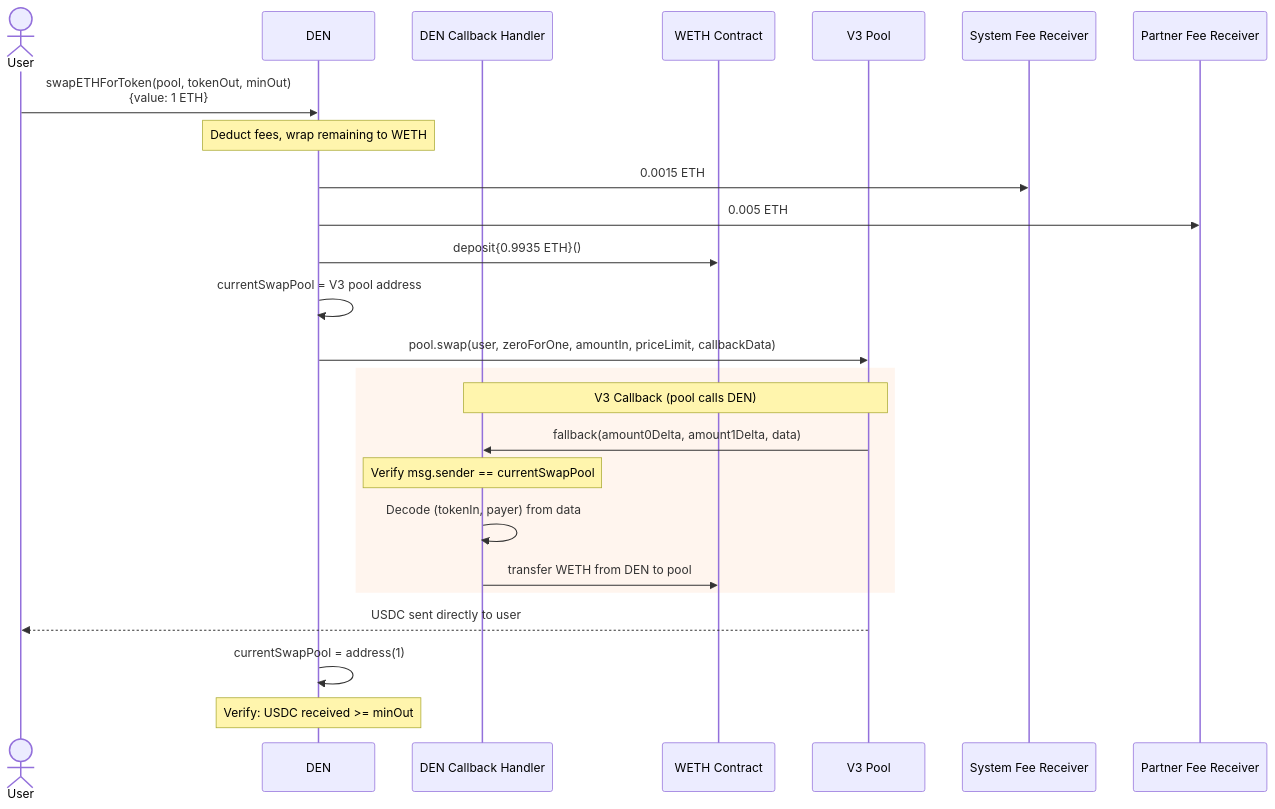
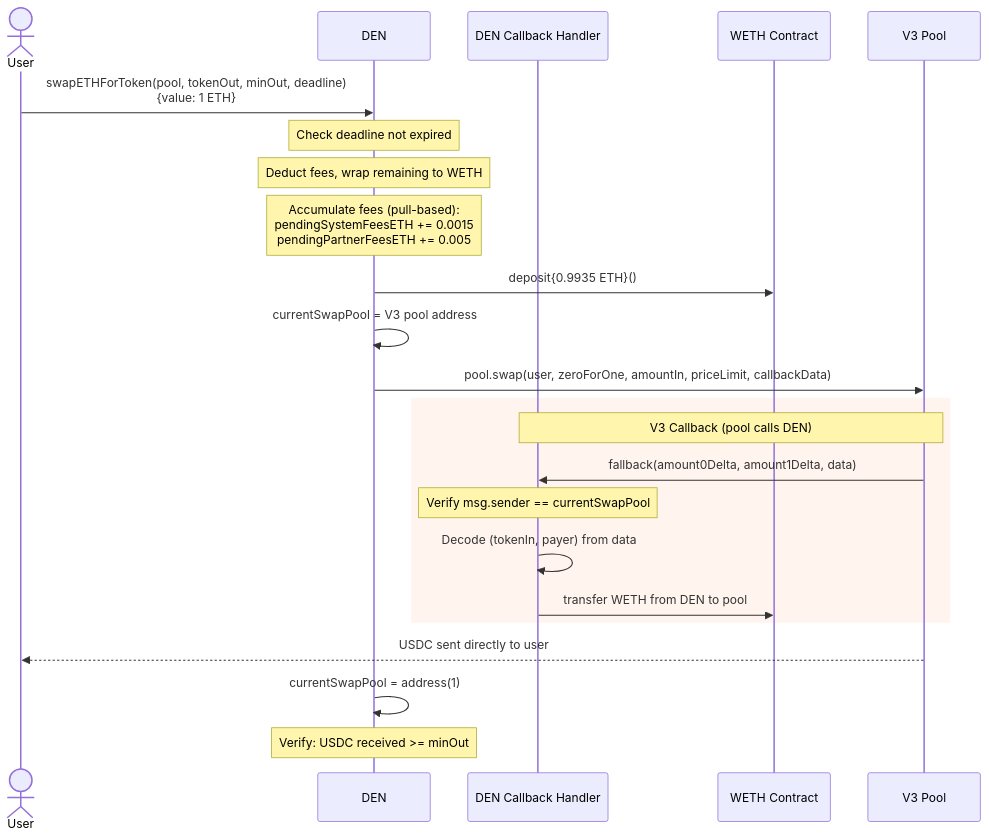
Before and after one commit to davidwyly/DEN: the fourth of 13 diagrams in docs/SWAP_FLOW_DIAGRAMS.md, drawn with Mermaid. The commit also changed other lines of this file and 6 other files, not shown here.

````diff
--- a/docs/SWAP_FLOW_DIAGRAMS.md
+++ b/docs/SWAP_FLOW_DIAGRAMS.md
@@ -108,34 +109,33 @@
 ```mermaid
 sequenceDiagram
     actor User
     participant DEN
     participant CB as DEN Callback Handler
     participant WETH as WETH Contract
     participant V3 as V3 Pool
-    participant SYS as System Fee Receiver
-    participant PART as Partner Fee Receiver
 
-    User->>DEN: swapETHForToken(pool, tokenOut, minOut)<br/>{value: 1 ETH}
+    User->>DEN: swapETHForToken(pool, tokenOut, minOut, deadline)<br/>{value: 1 ETH}
 
+    Note over DEN: Check deadline not expired
     Note over DEN: Deduct fees, wrap remaining to WETH
 
-    DEN->>SYS: 0.0015 ETH
-    DEN->>PART: 0.005 ETH
+    Note over DEN: Accumulate fees (pull-based):<br/>pendingSystemFeesETH += 0.0015<br/>pendingPartnerFeesETH += 0.005
+
     DEN->>WETH: deposit{0.9935 ETH}()
 
     DEN->>DEN: currentSwapPool = V3 pool address
     DEN->>V3: pool.swap(user, zeroForOne, amountIn, priceLimit, callbackData)
 
     rect rgb(255, 245, 238)
         Note over V3,CB: V3 Callback (pool calls DEN)
         V3->>CB: fallback(amount0Delta, amount1Delta, data)
         Note over CB: Verify msg.sender == currentSwapPool
         CB->>CB: Decode (tokenIn, payer) from data
         CB->>WETH: transfer WETH from DEN to pool
     end
 
     V3-->>User: USDC sent directly to user
     DEN->>DEN: currentSwapPool = address(1)
 
     Note over DEN: Verify: USDC received >= minOut
 ```
````
